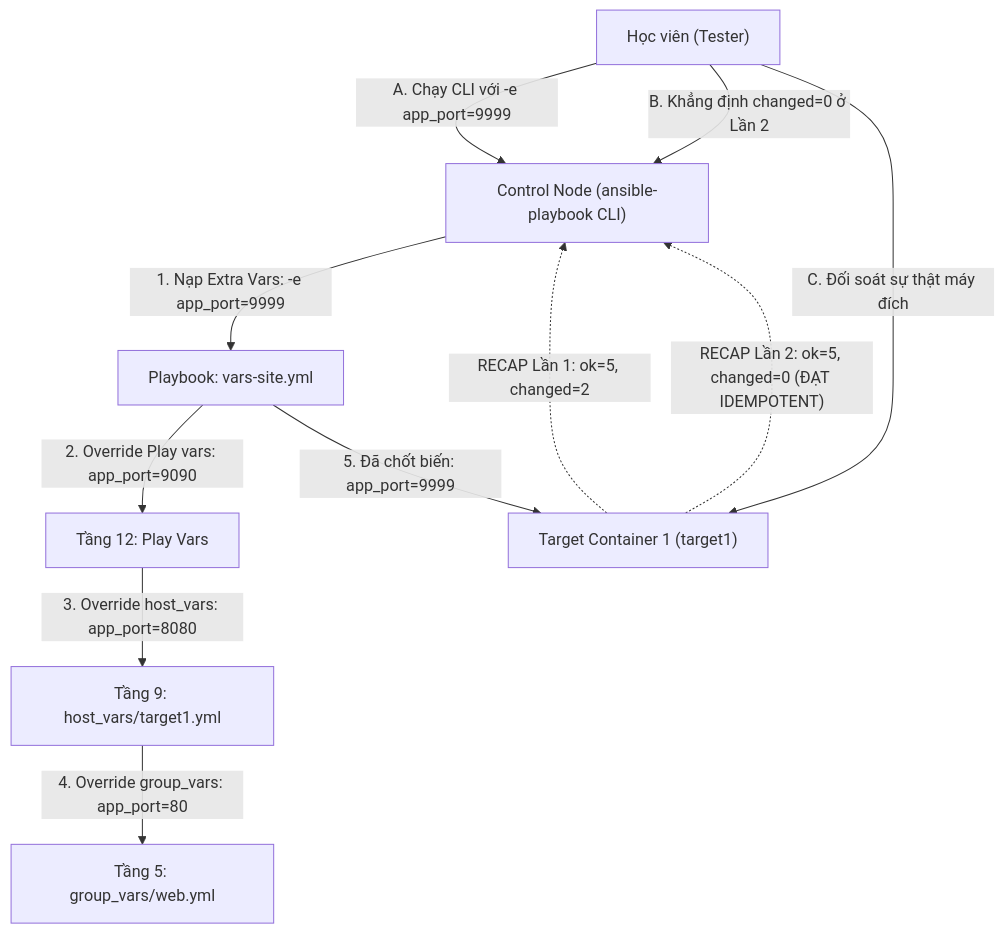
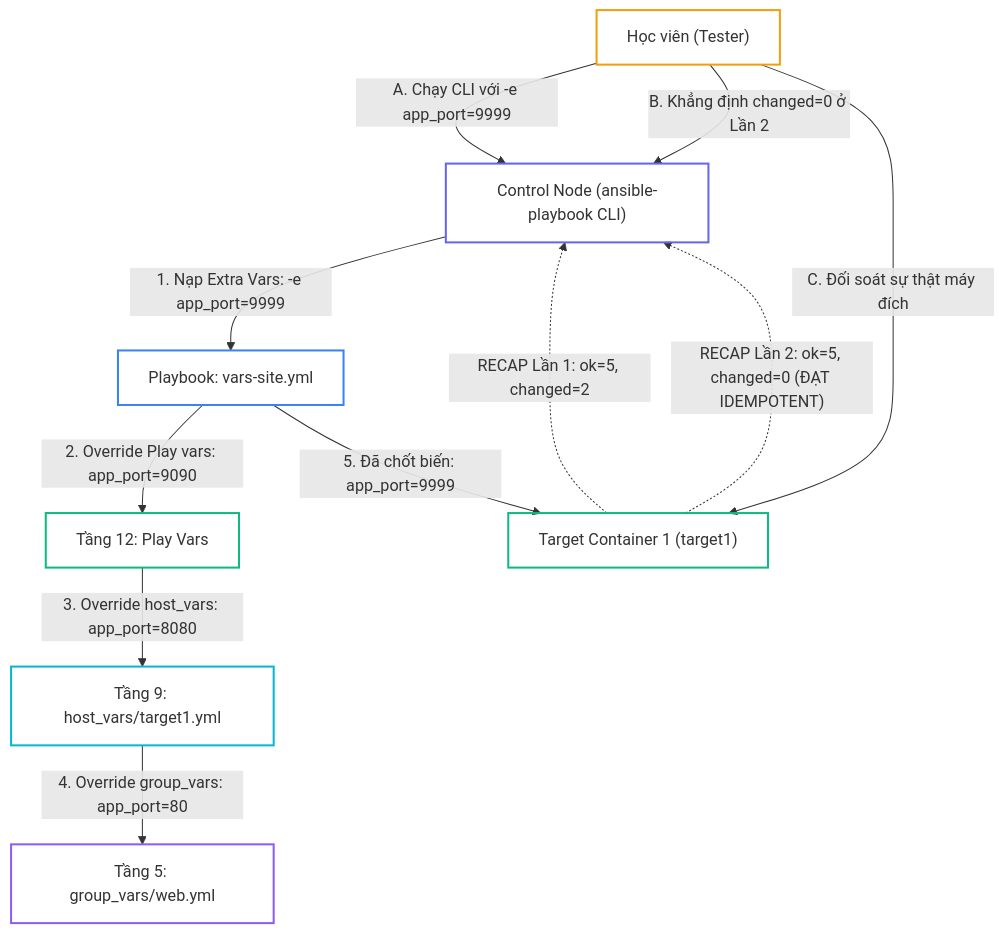
Before and after one commit to kiennt308/ntk: the third of 3 diagrams in _posts/2026-09-13-ansible-07-07-variables-precedence.md, drawn with Mermaid. The commit also changed other lines of this file and 30 other files, not shown here.

````diff
--- a/_posts/2026-09-13-ansible-07-07-variables-precedence.md
+++ b/_posts/2026-09-13-ansible-07-07-variables-precedence.md
@@ -448,17 +471,25 @@
 ```mermaid
 graph TD
     SubGraph1["Control Node (ansible-playbook CLI)"] -->|"1. Nạp Extra Vars: -e app_port=9999"| PB["Playbook: vars-site.yml"]
     
     PB -->|"2. Override Play vars: app_port=9090"| N1["Tầng 12: Play Vars"]
     N1 -->|"3. Override host_vars: app_port=8080"| N2["Tầng 9: host_vars/target1.yml"]
     N2 -->|"4. Override group_vars: app_port=80"| N3["Tầng 5: group_vars/web.yml"]
     
     PB -->|"5. Đã chốt biến: app_port=9999"| T1["Target Container 1 (target1)"]
     
-    T1 -. "RECAP Lần 1: ok=5, changed=2" .-> SubGraph1
-    T1 -. "RECAP Lần 2: ok=5, changed=0 (ĐẠT IDEMPOTENT)" .-> SubGraph1
+    T1 -.->|"RECAP Lần 1: ok=5, changed=2"| SubGraph1
+    T1 -.->|"RECAP Lần 2: ok=5, changed=0 (ĐẠT IDEMPOTENT)"| SubGraph1
     
     DEV["Học viên (Tester)"] -->|"A. Chạy CLI với -e app_port=9999"| SubGraph1
     DEV -->|"B. Khẳng định changed=0 ở Lần 2"| SubGraph1
     DEV -->|"C. Đối soát sự thật máy đích"| T1
+
+    style SubGraph1 fill:none,stroke:#6366f1,stroke-width:2px
+    style PB fill:none,stroke:#3b82f6,stroke-width:2px
+    style N1 fill:none,stroke:#10b981,stroke-width:2px
+    style N2 fill:none,stroke:#06b6d4,stroke-width:2px
+    style N3 fill:none,stroke:#8b5cf6,stroke-width:2px
+    style T1 fill:none,stroke:#10b981,stroke-width:2px
+    style DEV fill:none,stroke:#f59e0b,stroke-width:2px
 ```
````
